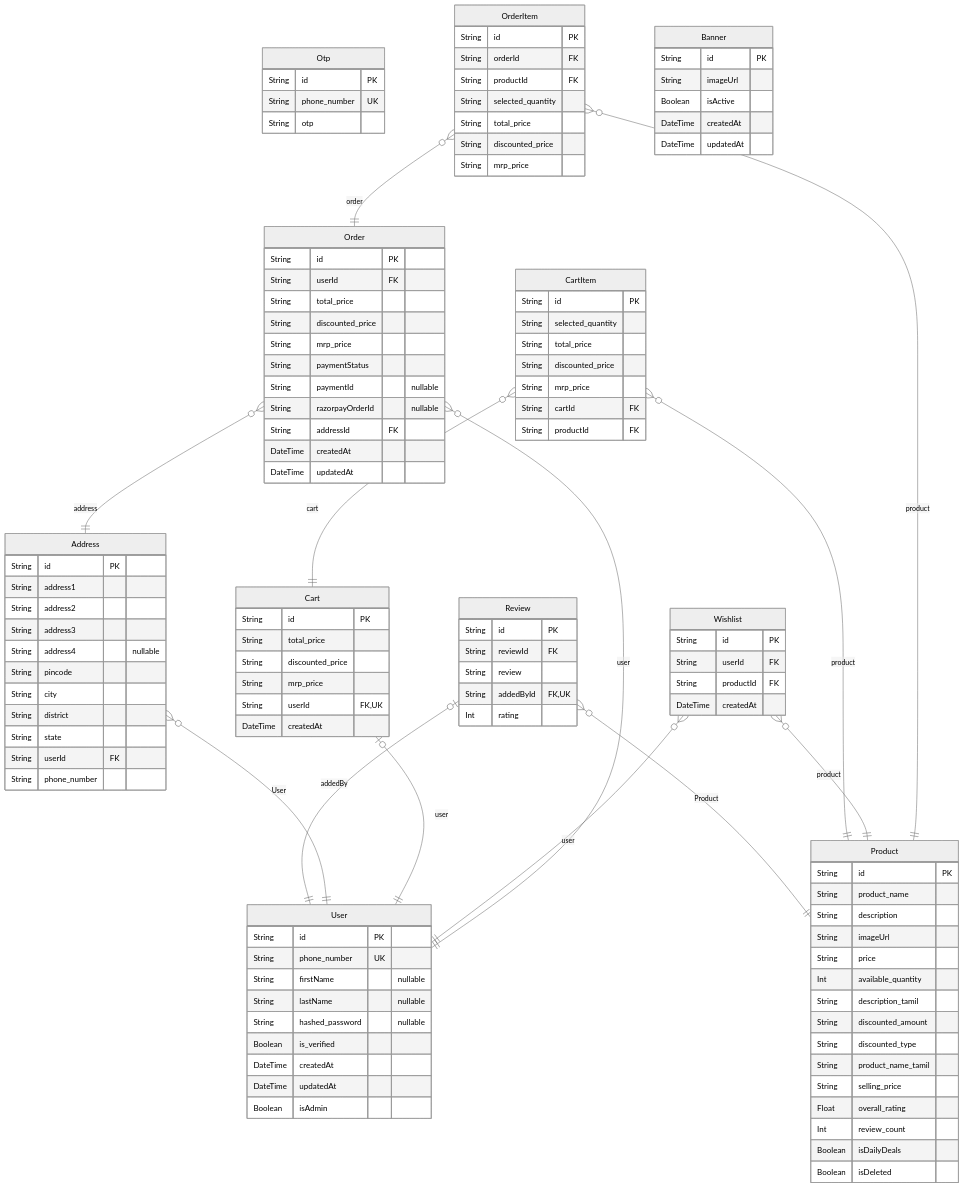
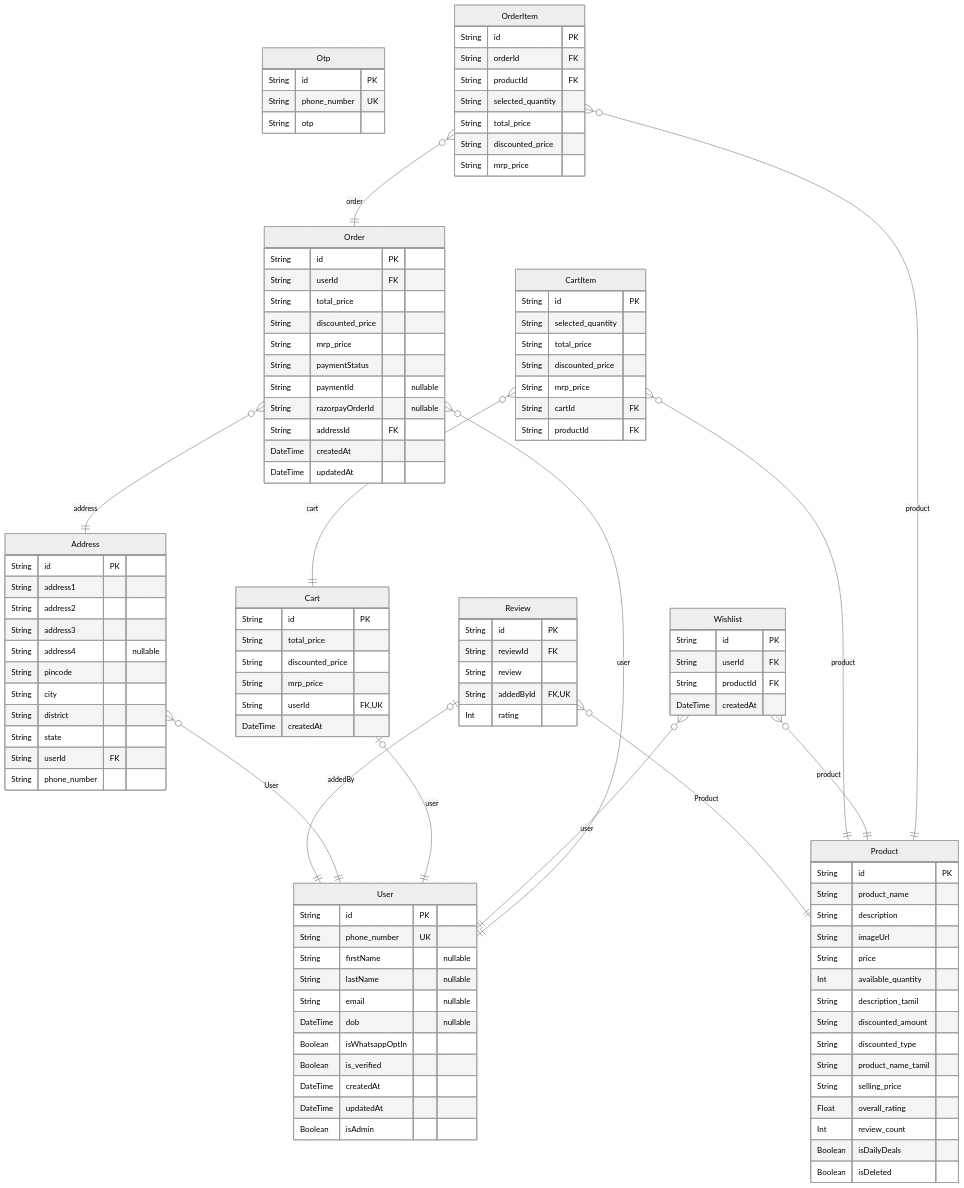
The diagram in prisma/prisma.md (keerthi6790/futurenature_backend), drawn with Mermaid (neutral theme) before and after one commit. The commit also changed other lines of this file and 9 other files, not shown here.

```diff
--- a/prisma/prisma.md
+++ b/prisma/prisma.md
@@ -13,7 +13,9 @@
   String phone_number UK
   String firstName "nullable"
   String lastName "nullable"
-  String hashed_password "nullable"
+  String email "nullable"
+  DateTime dob "nullable"
+  Boolean isWhatsappOptIn
   Boolean is_verified
   DateTime createdAt
   DateTime updatedAt
@@ -106,13 +108,6 @@
   String discounted_price
   String mrp_price
 }
-"Banner" {
-  String id PK
-  String imageUrl
-  Boolean isActive
-  DateTime createdAt
-  DateTime updatedAt
-}
 "Review" |o--|| "User" : addedBy
 "Review" }o--|| "Product" : Product
 "Address" }o--|| "User" : User
```
